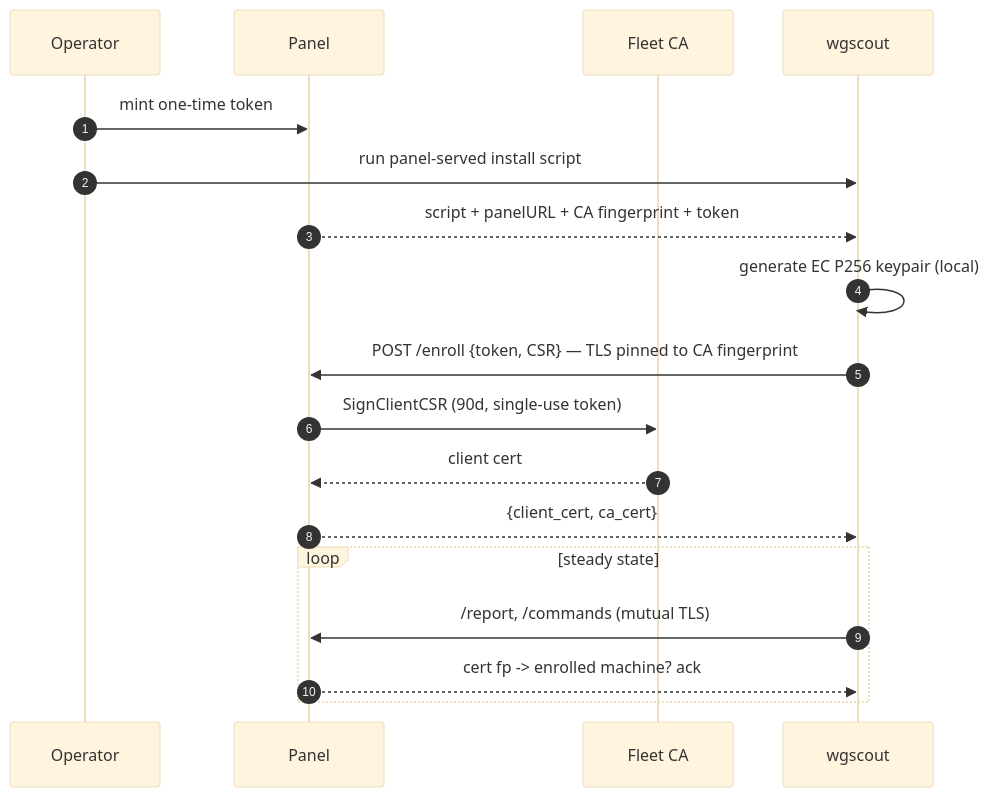
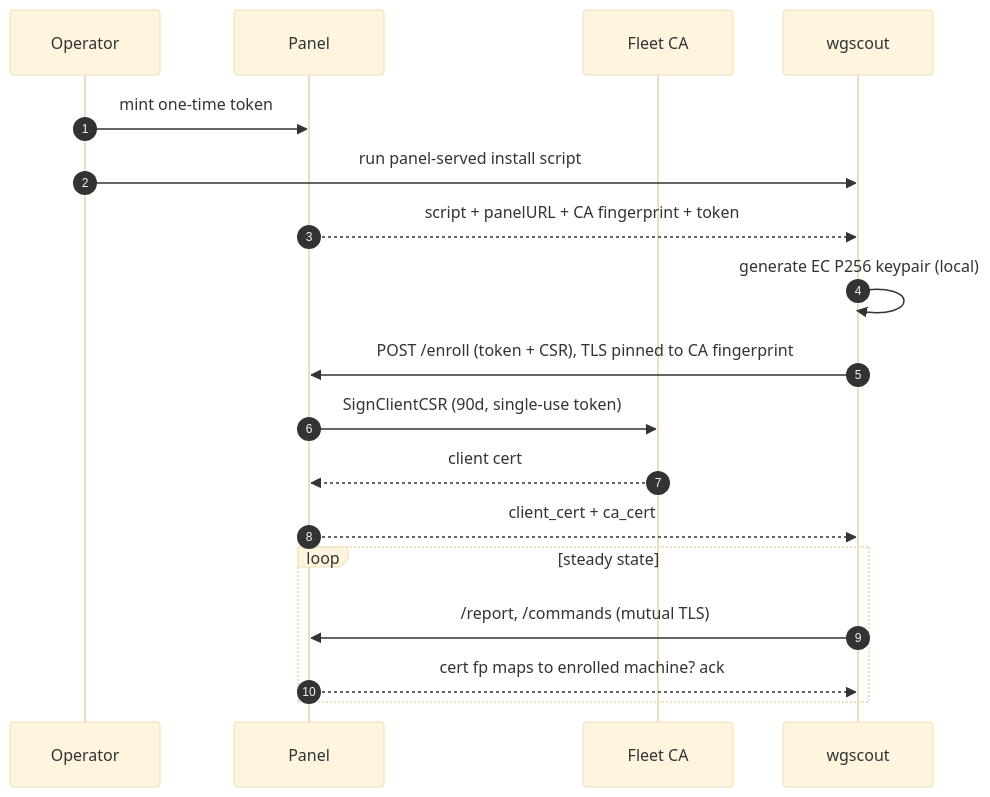
One commit to packalyst/wireguard-admin-panel changed the second of 6 diagrams in README.md. Above: the diagram before and after it, drawn with Mermaid (base theme). The commit also changed other lines of this file, not shown here.

Commit message:
fix(docs): sanitize mermaid diagrams so they render (no "->"/"{}" in labels)
Mermaid re-lexes "->" and "{ }" inside sequence-message and edge-label text, which
threw "Syntax error in text" for the enrollment/self-update diagrams. Replace them
with plain text/arrows. Validated all six blocks parse with mermaid 11.

````diff
--- a/README.md
+++ b/README.md
@@ -137,20 +137,20 @@
 ```mermaid
 sequenceDiagram
     autonumber
     participant Op as Operator
     participant Panel as Panel
     participant CA as Fleet CA
     participant Agent as wgscout
     Op->>Panel: mint one-time token
     Op->>Agent: run panel-served install script
     Panel-->>Agent: script + panelURL + CA fingerprint + token
     Agent->>Agent: generate EC P256 keypair (local)
-    Agent->>Panel: POST /enroll {token, CSR} — TLS pinned to CA fingerprint
+    Agent->>Panel: POST /enroll (token + CSR), TLS pinned to CA fingerprint
     Panel->>CA: SignClientCSR (90d, single-use token)
     CA-->>Panel: client cert
-    Panel-->>Agent: {client_cert, ca_cert}
+    Panel-->>Agent: client_cert + ca_cert
     loop steady state
         Agent->>Panel: /report, /commands (mutual TLS)
-        Panel-->>Agent: cert fp -> enrolled machine? ack
+        Panel-->>Agent: cert fp maps to enrolled machine? ack
     end
 ```
````
